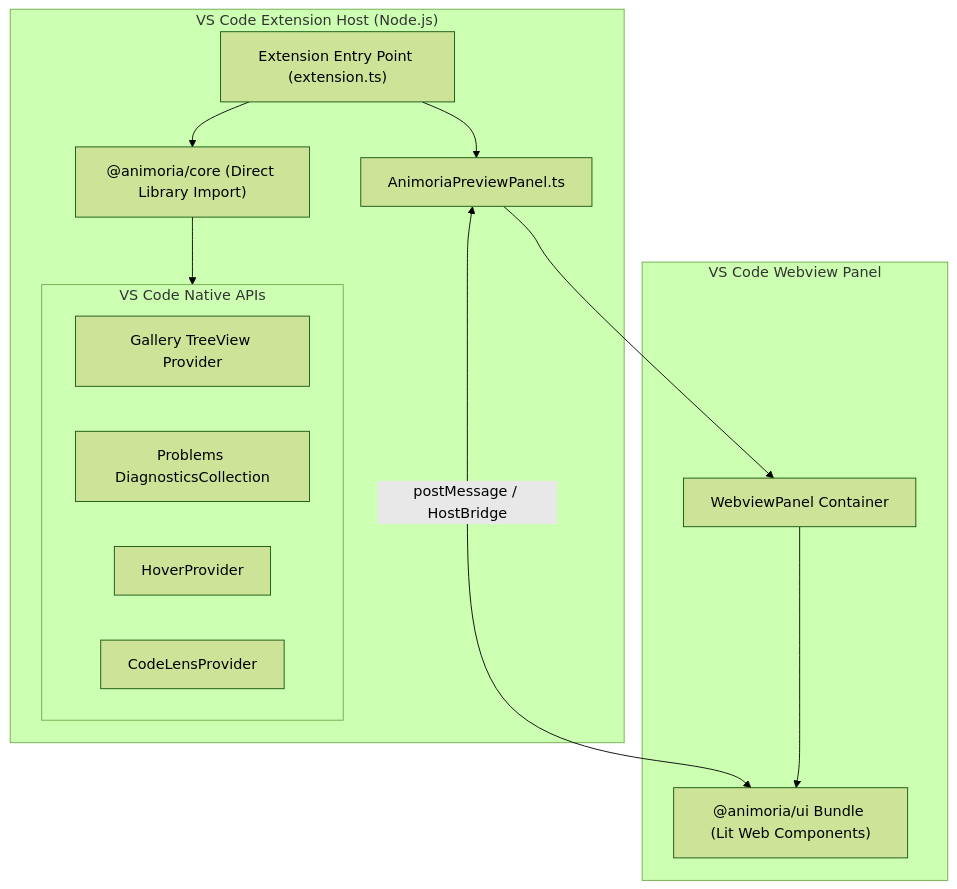
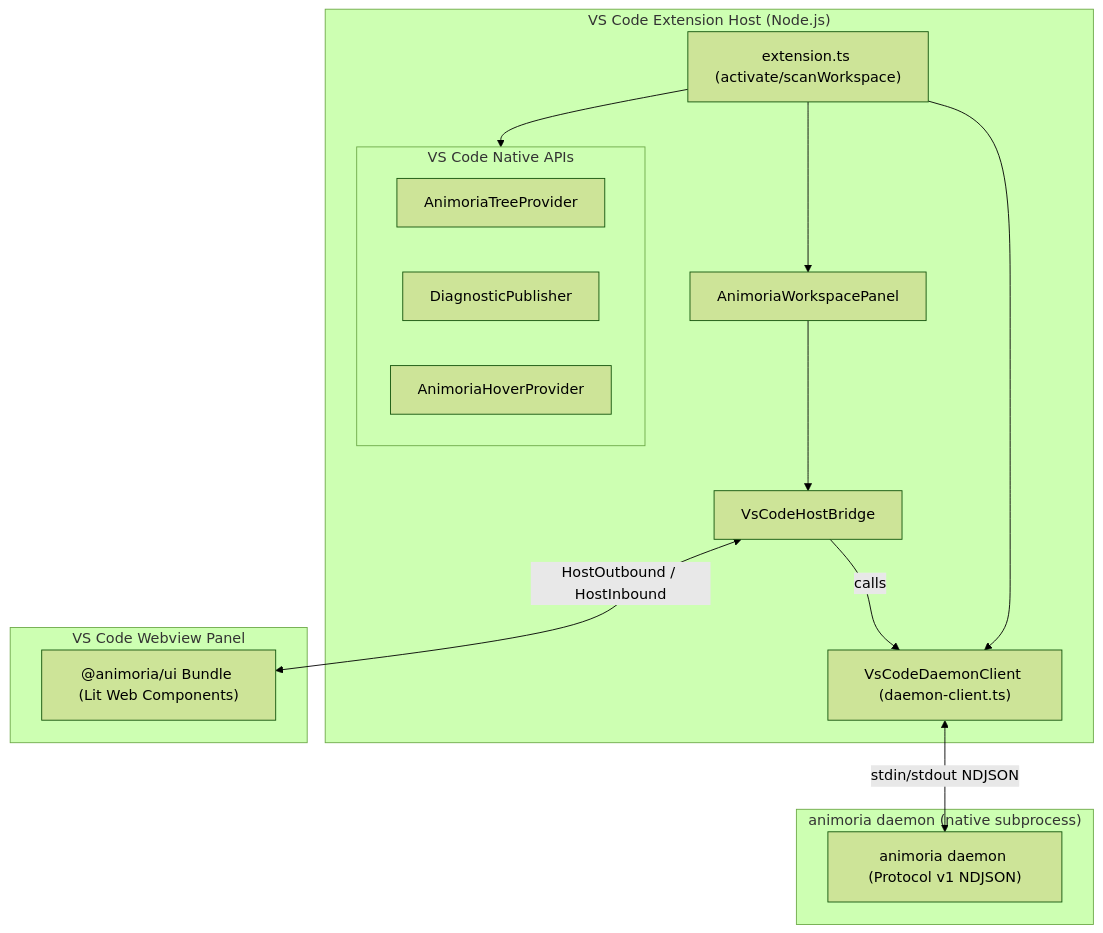
The diagram in docs/guides/13-vscode-client.md (sxnnyside-project/animoria), drawn with Mermaid (forest theme) before and after one commit. The commit also changed other lines of this file and 466 other files, not shown here.

````diff
--- a/docs/guides/13-vscode-client.md
+++ b/docs/guides/13-vscode-client.md
@@ -16,28 +14,32 @@
 ```mermaid
 graph TD
     subgraph VSCodeHost["VS Code Extension Host (Node.js)"]
-        ExtensionTS["Extension Entry Point (extension.ts)"]
-        CoreLib["@animoria/core (Direct Library Import)"]
-        
+        ExtensionTS["extension.ts (activate/scanWorkspace)"]
+        DaemonClient["VsCodeDaemonClient (daemon-client.ts)"]
+
         subgraph NativeSurfaces["VS Code Native APIs"]
-            TreeView["Gallery TreeView Provider"]
-            Diagnostics["Problems DiagnosticsCollection"]
-            HoverProv["HoverProvider"]
-            CodeLensProv["CodeLensProvider"]
+            TreeView["AnimoriaTreeProvider"]
+            Diagnostics["DiagnosticPublisher"]
+            HoverProv["AnimoriaHoverProvider"]
         end
-        
-        PreviewManager["AnimoriaPreviewPanel.ts"]
+
+        PanelManager["AnimoriaWorkspacePanel"]
+        HostBridge["VsCodeHostBridge"]
+    end
+
+    subgraph DaemonProcess["animoria daemon (native subprocess)"]
+        Daemon["animoria daemon (Protocol v1 NDJSON)"]
     end
 
     subgraph WebviewSurface["VS Code Webview Panel"]
-        WebviewContainer["WebviewPanel Container"]
         SharedUIBundle["@animoria/ui Bundle (Lit Web Components)"]
     end
 
-    ExtensionTS --> CoreLib
-    CoreLib --> NativeSurfaces
-    ExtensionTS --> PreviewManager
-    PreviewManager --> WebviewContainer
-    WebviewContainer --> SharedUIBundle
-    PreviewManager <-->|postMessage / HostBridge| SharedUIBundle
+    ExtensionTS --> DaemonClient
+    DaemonClient <-->|stdin/stdout NDJSON| Daemon
+    ExtensionTS --> NativeSurfaces
+    ExtensionTS --> PanelManager
+    PanelManager --> HostBridge
+    HostBridge <-->|HostOutbound / HostInbound| SharedUIBundle
+    HostBridge -->|calls| DaemonClient
 ```
````
